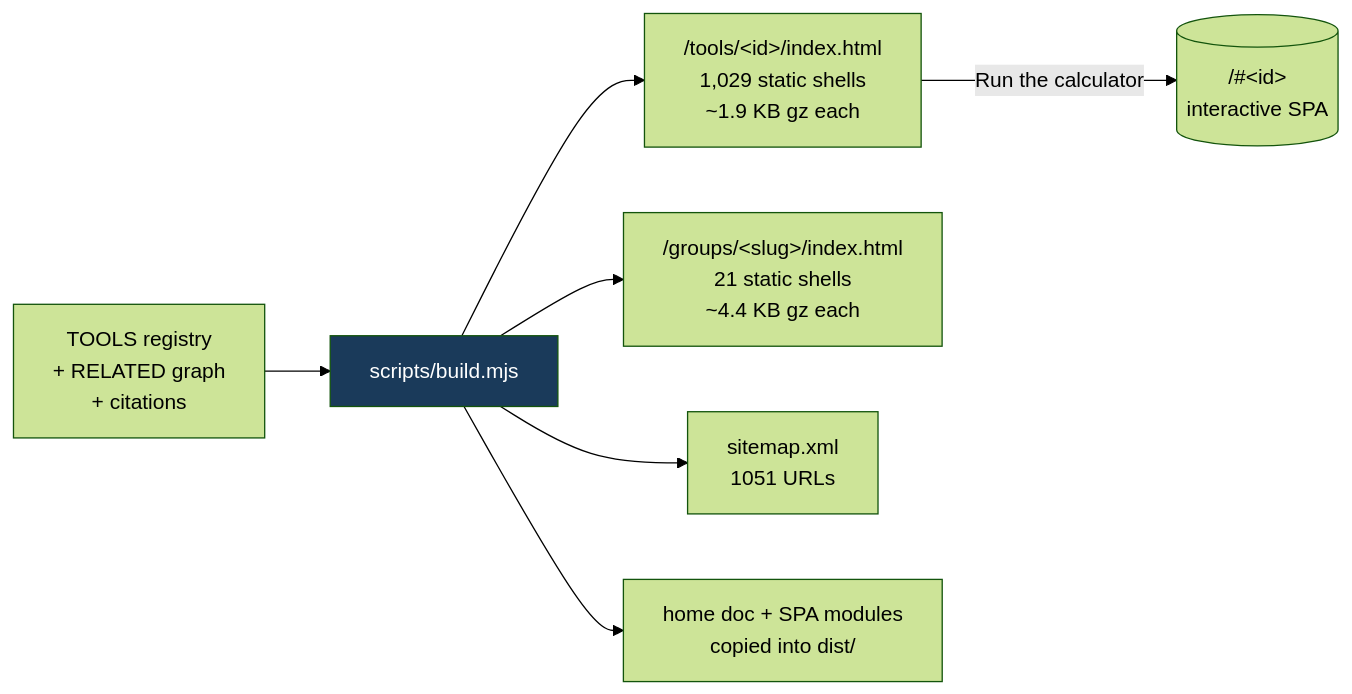
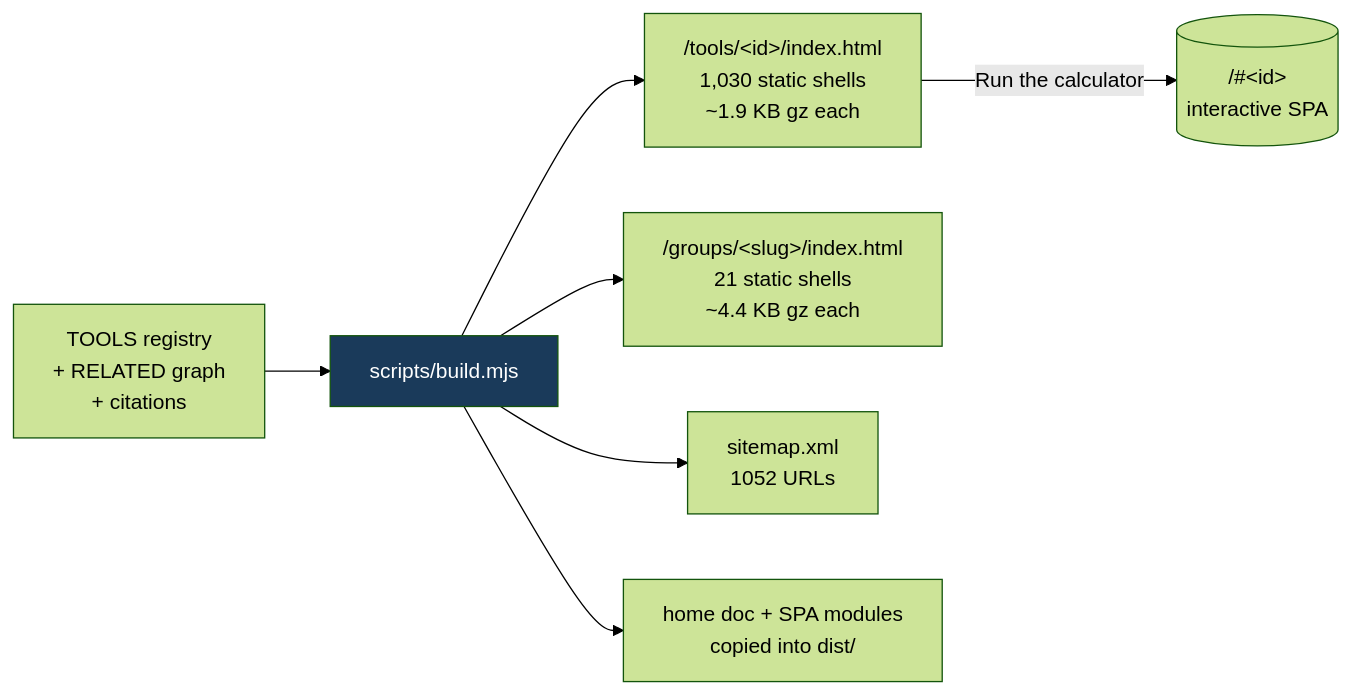
One commit to clay-good/roughlogic.com changed the fifth of 8 diagrams in README.md. Above: the diagram before and after it, drawn with Mermaid (forest theme). The commit also changed other lines of this file and 13 other files, not shown here.

Commit message:
feat(fire): land spec-v577 -- nfa-fireground-flow tile

````diff
--- a/README.md
+++ b/README.md
@@ -495,10 +495,10 @@
 ```mermaid
 flowchart LR
     SRC[TOOLS registry\n+ RELATED graph\n+ citations] --> BUILD[scripts/build.mjs]
-    BUILD --> TILE["/tools/&lt;id&gt;/index.html\n1,029 static shells\n~1.9 KB gz each"]
+    BUILD --> TILE["/tools/&lt;id&gt;/index.html\n1,030 static shells\n~1.9 KB gz each"]
     BUILD --> GROUP["/groups/&lt;slug&gt;/index.html\n21 static shells\n~4.4 KB gz each"]
-    BUILD --> MAP["sitemap.xml\n1051 URLs"]
+    BUILD --> MAP["sitemap.xml\n1052 URLs"]
     BUILD --> COPY[home doc + SPA modules\ncopied into dist/]
     TILE -->|Run the calculator| SPA[("/#&lt;id&gt;\ninteractive SPA")]
     style BUILD fill:#1a3a5a,color:#fff
 ```
````
